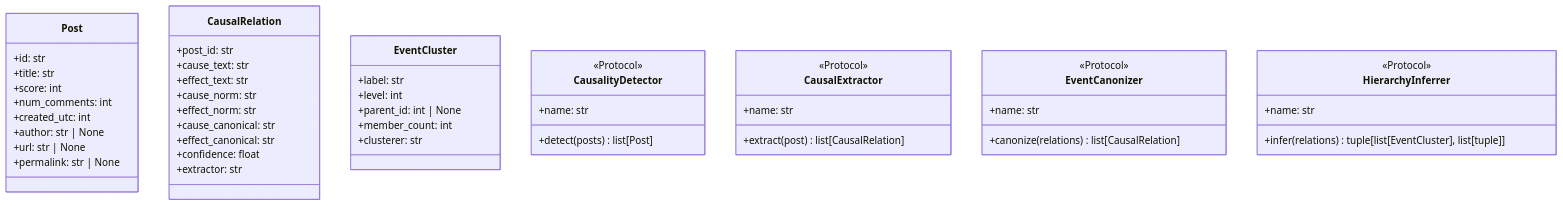
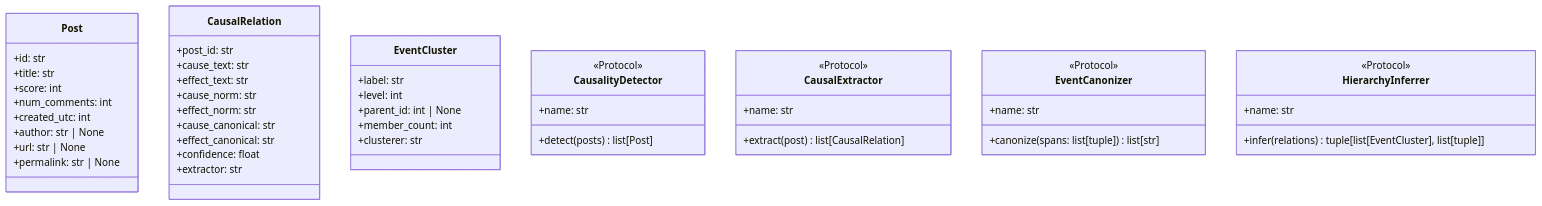
The diagram in docs/extending.md (TheMrSheldon/causalgraph), drawn with Mermaid before and after one commit. The commit also changed other lines of this file and 6 other files, not shown here.

````diff
--- a/docs/extending.md
+++ b/docs/extending.md
@@ -103,57 +80,57 @@
 ```mermaid
 classDiagram
     class Post {
         +id: str
         +title: str
         +score: int
         +num_comments: int
         +created_utc: int
         +author: str | None
         +url: str | None
         +permalink: str | None
     }
 
     class CausalRelation {
         +post_id: str
         +cause_text: str
         +effect_text: str
         +cause_norm: str
         +effect_norm: str
         +cause_canonical: str
         +effect_canonical: str
         +confidence: float
         +extractor: str
     }
 
     class EventCluster {
         +label: str
         +level: int
         +parent_id: int | None
         +member_count: int
         +clusterer: str
     }
 
     class CausalityDetector {
         <<Protocol>>
         +detect(posts) list[Post]
         +name: str
     }
 
     class CausalExtractor {
         <<Protocol>>
         +extract(post) list[CausalRelation]
         +name: str
     }
 
     class EventCanonizer {
         <<Protocol>>
-        +canonize(relations) list[CausalRelation]
+        +canonize(spans: list[tuple]) list[str]
         +name: str
     }
 
     class HierarchyInferrer {
         <<Protocol>>
         +infer(relations) tuple[list[EventCluster], list[tuple]]
         +name: str
     }
 ```
````
